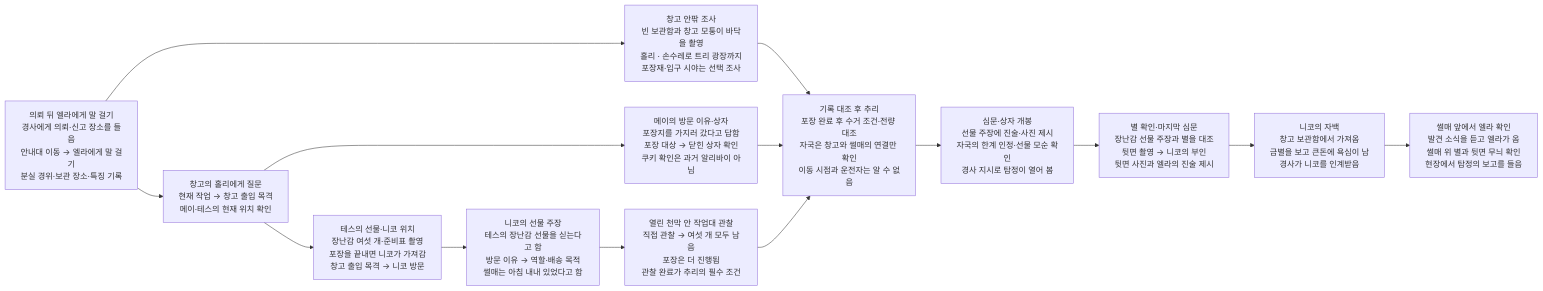
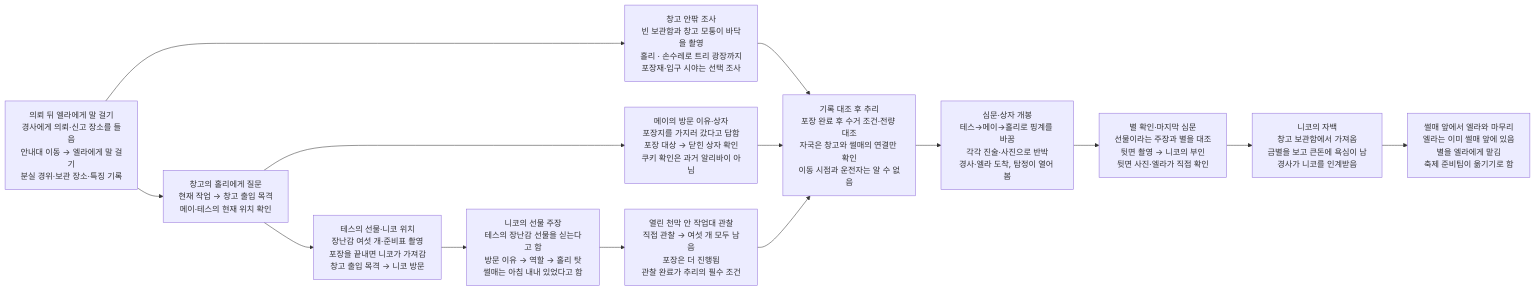
Before and after one commit to wonny95/detective-v2: the second of 2 diagrams in design/case-10-christmas-star.md, drawn with Mermaid. The commit also changed other lines of this file and 3 other files, not shown here.

````diff
--- a/design/case-10-christmas-star.md
+++ b/design/case-10-christmas-star.md
@@ -49,28 +49,28 @@
 ```mermaid
 flowchart LR
     s1["의뢰 뒤 엘라에게 말 걸기<br/>경사에게 의뢰·신고 장소를 들음<br/>안내대 이동 → 엘라에게 말 걸기<br/>분실 경위·보관 장소·특징 기록"]
     s2["창고의 홀리에게 질문<br/>현재 작업 → 창고 출입 목격<br/>메이·테스의 현재 위치 확인"]
     s3["창고 안팎 조사<br/>빈 보관함과 창고 모퉁이 바닥을 촬영<br/>홀리 · 손수레로 트리 광장까지<br/>포장재·입구 시야는 선택 조사"]
     s4["메이의 방문 이유·상자<br/>포장지를 가지러 갔다고 답함<br/>포장 대상 → 닫힌 상자 확인<br/>쿠키 확인은 과거 알리바이 아님"]
     s5["테스의 선물·니코 위치<br/>장난감 여섯 개·준비표 촬영<br/>포장을 끝내면 니코가 가져감<br/>창고 출입 목격 → 니코 방문"]
-    s6["니코의 선물 주장<br/>테스의 장난감 선물을 싣는다고 함<br/>방문 이유 → 역할·배송 목적<br/>썰매는 아침 내내 있었다고 함"]
+    s6["니코의 선물 주장<br/>테스의 장난감 선물을 싣는다고 함<br/>방문 이유 → 역할 → 홀리 탓<br/>썰매는 아침 내내 있었다고 함"]
     s7["열린 천막 안 작업대 관찰<br/>직접 관찰 → 여섯 개 모두 남음<br/>포장은 더 진행됨<br/>관찰 완료가 추리의 필수 조건"]
     s8["기록 대조 후 추리<br/>포장 완료 후 수거 조건·전량 대조<br/>자국은 창고와 썰매의 연결만 확인<br/>이동 시점과 운전자는 알 수 없음"]
-    s9["심문·상자 개봉<br/>선물 주장에 진술·사진 제시<br/>자국의 한계 인정·선물 모순 확인<br/>경사 지시로 탐정이 열어 봄"]
-    s10["별 확인·마지막 심문<br/>장난감 선물 주장과 별을 대조<br/>뒷면 촬영 → 니코의 부인<br/>뒷면 사진과 엘라의 진술 제시"]
+    s9["심문·상자 개봉<br/>테스→메이→홀리로 핑계를 바꿈<br/>각각 진술·사진으로 반박<br/>경사·엘라 도착, 탐정이 열어 봄"]
+    s10["별 확인·마지막 심문<br/>선물이라는 주장과 별을 대조<br/>뒷면 촬영 → 니코의 부인<br/>뒷면 사진·엘라가 직접 확인"]
     s11["니코의 자백<br/>창고 보관함에서 가져옴<br/>금별을 보고 큰돈에 욕심이 남<br/>경사가 니코를 인계받음"]
-    s12["썰매 앞에서 엘라 확인<br/>발견 소식을 듣고 엘라가 옴<br/>썰매 위 별과 뒷면 무늬 확인<br/>현장에서 탐정의 보고를 들음"]
+    s12["썰매 앞에서 엘라와 마무리<br/>엘라는 이미 썰매 앞에 있음<br/>별을 엘라에게 맡김<br/>축제 준비팀이 옮기기로 함"]
     s1 --> s2
     s1 --> s3
     s2 --> s4
     s2 --> s5
     s3 --> s8
     s4 --> s8
     s5 --> s6
     s6 --> s7
     s7 --> s8
     s8 --> s9
     s9 --> s10
     s10 --> s11
     s11 --> s12
 ```
````
